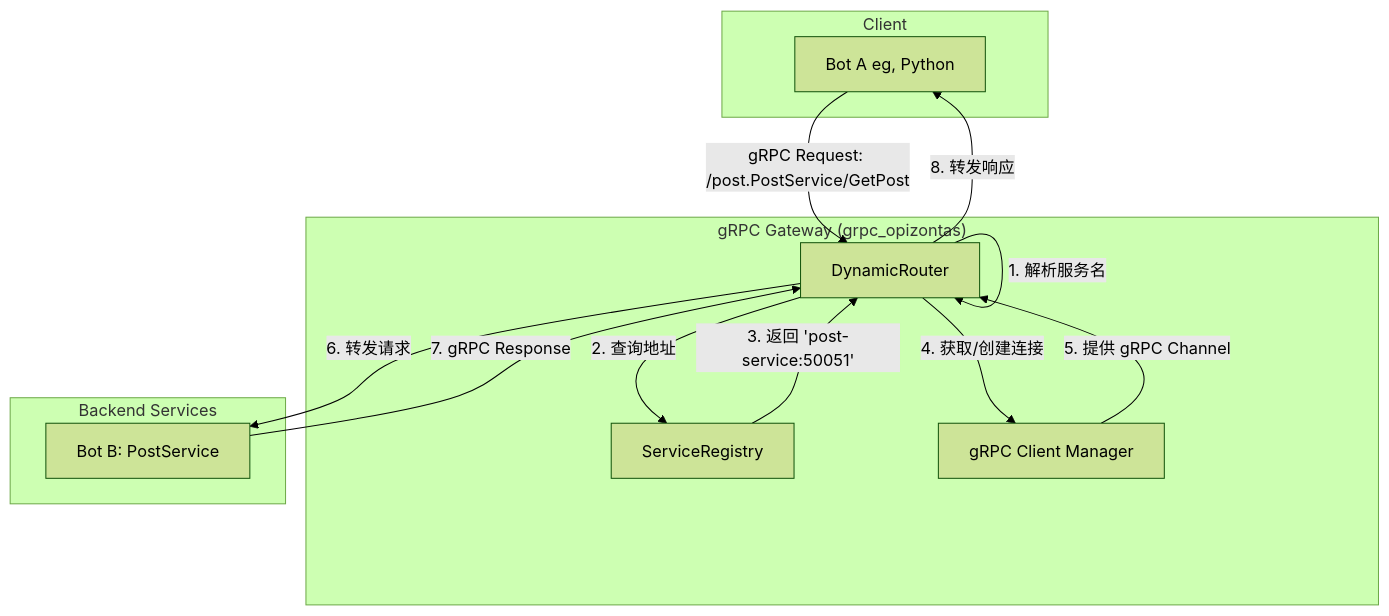
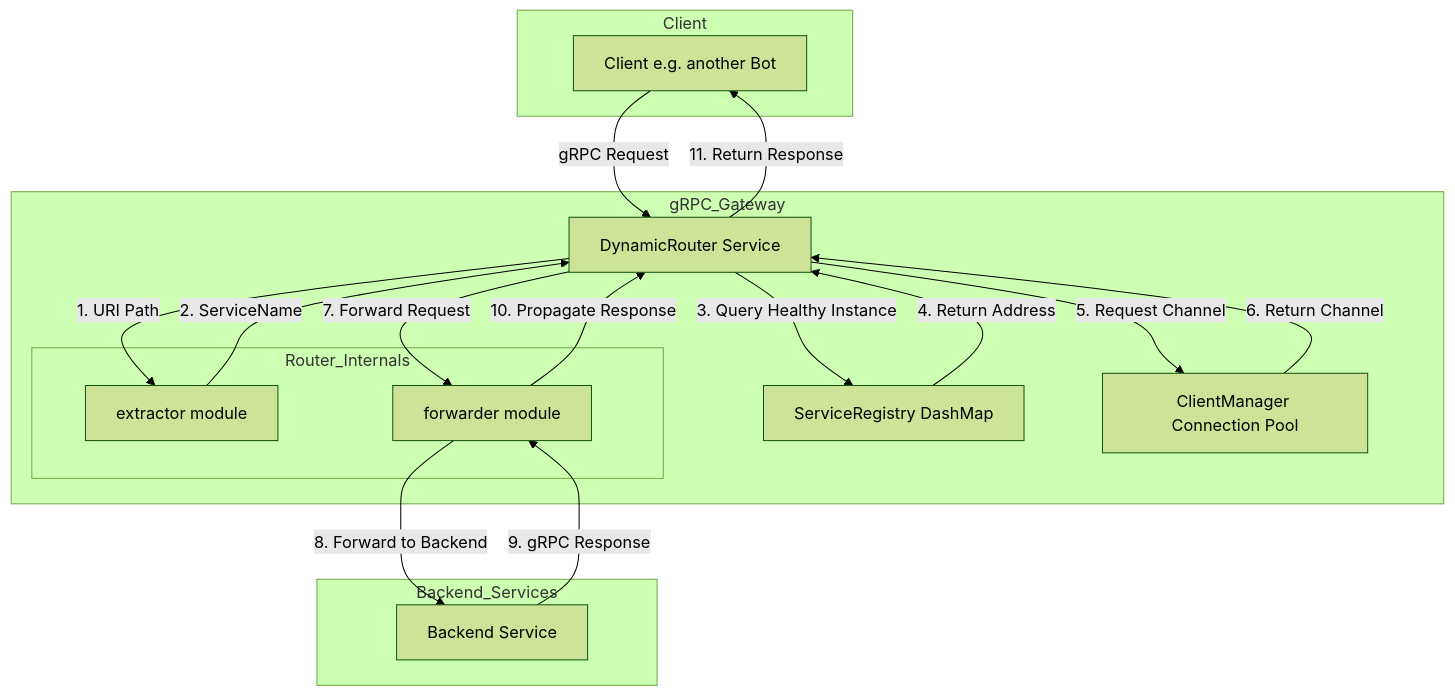
Before and after one commit to Opizontas-Studio/grpc_opizontas: the second of 2 diagrams in doc/architecture.md, drawn with Mermaid (forest theme). The commit also changed other lines of this file and 9 other files, not shown here.

First line of the commit message:
refactor(architecture): 重构项目架构并优化服务注册与发现机制

````diff
--- a/doc/architecture.md
+++ b/doc/architecture.md
@@ -67,26 +93,34 @@
 ```mermaid
 graph TD
-    subgraph "Client"
-        ClientBot["Bot A eg, Python"]
+    subgraph Client
+        ClientBot["Client e.g. another Bot"]
     end
 
-    subgraph "gRPC Gateway (grpc_opizontas)"
-        Router[DynamicRouter]
-        Registry[ServiceRegistry]
-        ClientManager["gRPC Client Manager"]
-        Router -- "1. 解析服务名" --> Router
-        Router -- "2. 查询地址" --> Registry
-        Registry -- "3. 返回 'post-service:50051'" --> Router
-        Router -- "4. 获取/创建连接" --> ClientManager
-        ClientManager -- "5. 提供 gRPC Channel" --> Router
+    subgraph gRPC_Gateway
+        Router[DynamicRouter Service]
+        subgraph Router_Internals
+            Extractor["extractor module"]
+            Forwarder["forwarder module"]
+        end
+        Registry[ServiceRegistry DashMap]
+        ClientManager["ClientManager Connection Pool"]
+
+        Router -- "1. URI Path" --> Extractor
+        Extractor -- "2. ServiceName" --> Router
+        Router -- "3. Query Healthy Instance" --> Registry
+        Registry -- "4. Return Address" --> Router
+        Router -- "5. Request Channel" --> ClientManager
+        ClientManager -- "6. Return Channel" --> Router
+        Router -- "7. Forward Request" --> Forwarder
     end
 
-    subgraph "Backend Services"
-        PostService["Bot B: PostService"]
+    subgraph Backend_Services
+        PostService["Backend Service"]
     end
 
-    ClientBot -- "gRPC Request: /post.PostService/GetPost" --> Router
-    Router -- "6. 转发请求" --> PostService
-    PostService -- "7. gRPC Response" --> Router
-    Router -- "8. 转发响应" --> ClientBot
+    ClientBot -- "gRPC Request" --> Router
+    Forwarder -- "8. Forward to Backend" --> PostService
+    PostService -- "9. gRPC Response" --> Forwarder
+    Forwarder -- "10. Propagate Response" --> Router
+    Router -- "11. Return Response" --> ClientBot
 ```
````
